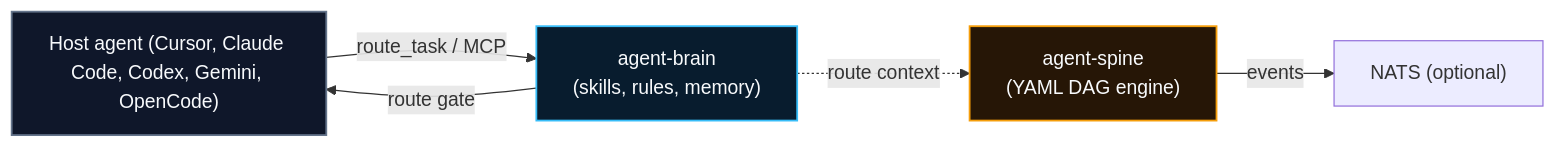
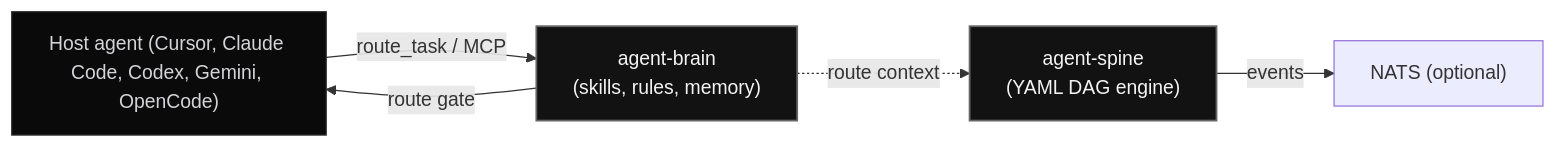
One commit to autonomic-ai-dev/website changed the diagram in src/routes/docs/architecture/+page.md. Above: the diagram before and after it, drawn with Mermaid. The commit also changed 20 other files, not shown here.

First line of the commit message:
feat(ui): animate background, sync nav & footer, showcase brew & cargo, and fix monochromatic mermaid charts (#25)

````diff
--- a/src/routes/docs/architecture/+page.md
+++ b/src/routes/docs/architecture/+page.md
@@ -9,14 +9,14 @@
 ```mermaid
 flowchart LR
     Host["Host agent (Cursor, Claude Code, Codex, Gemini, OpenCode)"] -->|route_task / MCP| Brain["agent-brain\n(skills, rules, memory)"]
     Brain -->|route gate| Host
     Spine["agent-spine\n(YAML DAG engine)"] -->|events| Nats["NATS (optional)"]
     Brain -.->|route context| Spine
 
-    classDef host fill:#0f172a,stroke:#64748b,stroke-width:1.5px,color:#f8fafc;
-    classDef core fill:#081c2e,stroke:#38bdf8,stroke-width:1.5px,color:#f8fafc;
-    classDef exec fill:#261606,stroke:#f59e0b,stroke-width:1.5px,color:#f8fafc;
+    classDef host fill:#0a0a0a,stroke:#333333,stroke-width:1px,color:#d4d4d8;
+    classDef core fill:#121212,stroke:#666666,stroke-width:1.5px,color:#f4f4f5;
+    classDef exec fill:#121212,stroke:#666666,stroke-width:1.5px,color:#f4f4f5;
     class Host host;
     class Brain core;
     class Spine exec;
 ```
````
